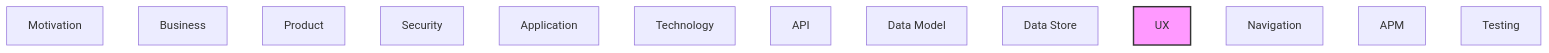
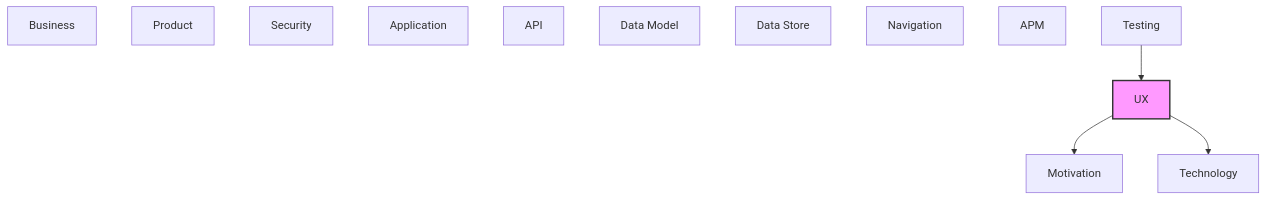
The diagram in documentation-robotics/reports/10-ux-layer-report.md (tinkermonkey/heimdall), drawn with Mermaid before and after one commit. The commit also changed other lines of this file and 50 other files, not shown here.

````diff
--- a/documentation-robotics/reports/10-ux-layer-report.md
+++ b/documentation-robotics/reports/10-ux-layer-report.md
@@ -69,18 +160,21 @@
 ```mermaid
 flowchart TB
   classDef current fill:#f9f,stroke:#333,stroke-width:2px
   motivation["Motivation"]
   business["Business"]
   product["Product"]
   security["Security"]
   application["Application"]
   technology["Technology"]
   api["API"]
   data_model["Data Model"]
   data_store["Data Store"]
   ux["UX"]
   navigation["Navigation"]
   apm["APM"]
   testing["Testing"]
+  testing --> ux
+  ux --> motivation
+  ux --> technology
   class ux current
 ```
````
